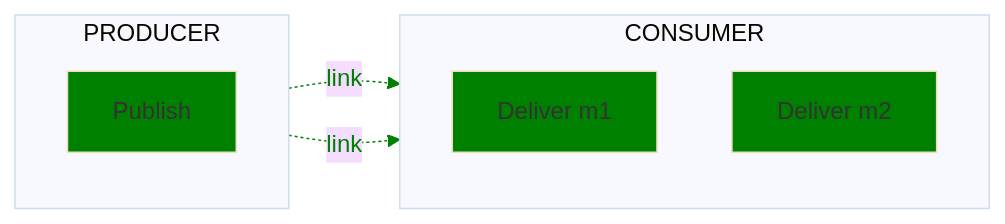
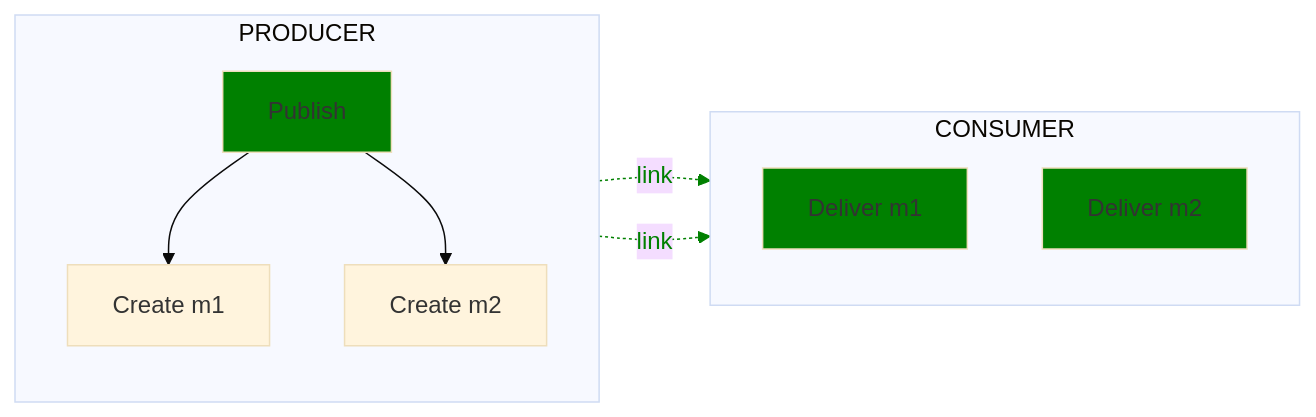
The fifth of 12 diagrams in text/trace/0220-messaging-semantic-conventions-span-structure.md (open-telemetry/oteps), drawn with Mermaid (base theme) before and after one commit. The commit also changed other lines of this file, not shown here.

````diff
--- a/text/trace/0220-messaging-semantic-conventions-span-structure.md
+++ b/text/trace/0220-messaging-semantic-conventions-span-structure.md
@@ -407,18 +407,19 @@
 ```mermaid
 flowchart LR;
   subgraph PRODUCER
   direction TB
-  P[Publish]
+  P[Publish]-->C1[Create m1]
+  P-->C2[Create m2]
   end
   subgraph CONSUMER
   direction TB
   DM1[Deliver m1]
   DM2[Deliver m2]
   end
-  P-. link .->DM1;
-  P-. link .->DM2;
+  C1-. link .->DM1;
+  C2-. link .->DM2;
 
   classDef normal fill:green
   class P,DM1,DM2 normal
-  linkStyle 0,1 color:green,stroke:green
+  linkStyle 2,3 color:green,stroke:green
 ```
````
